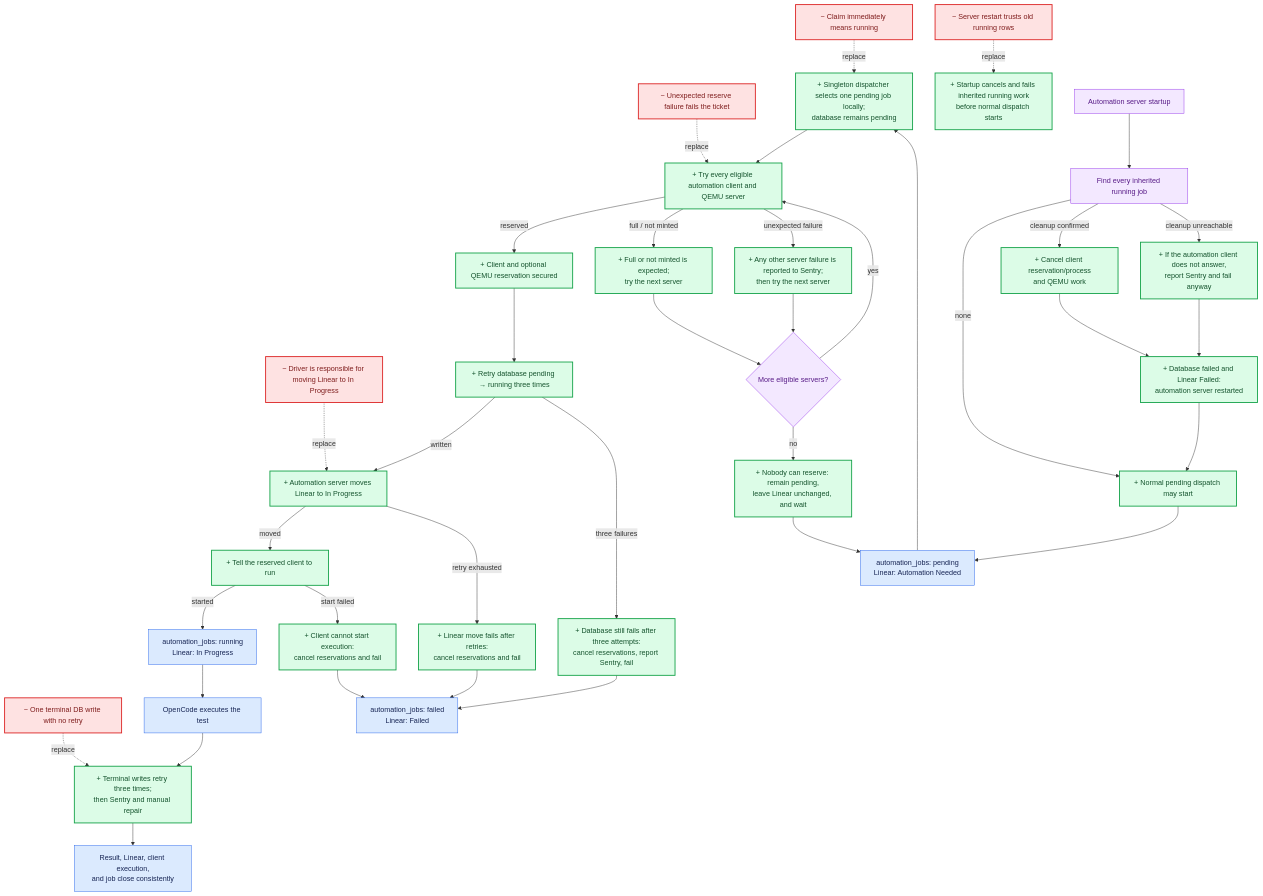
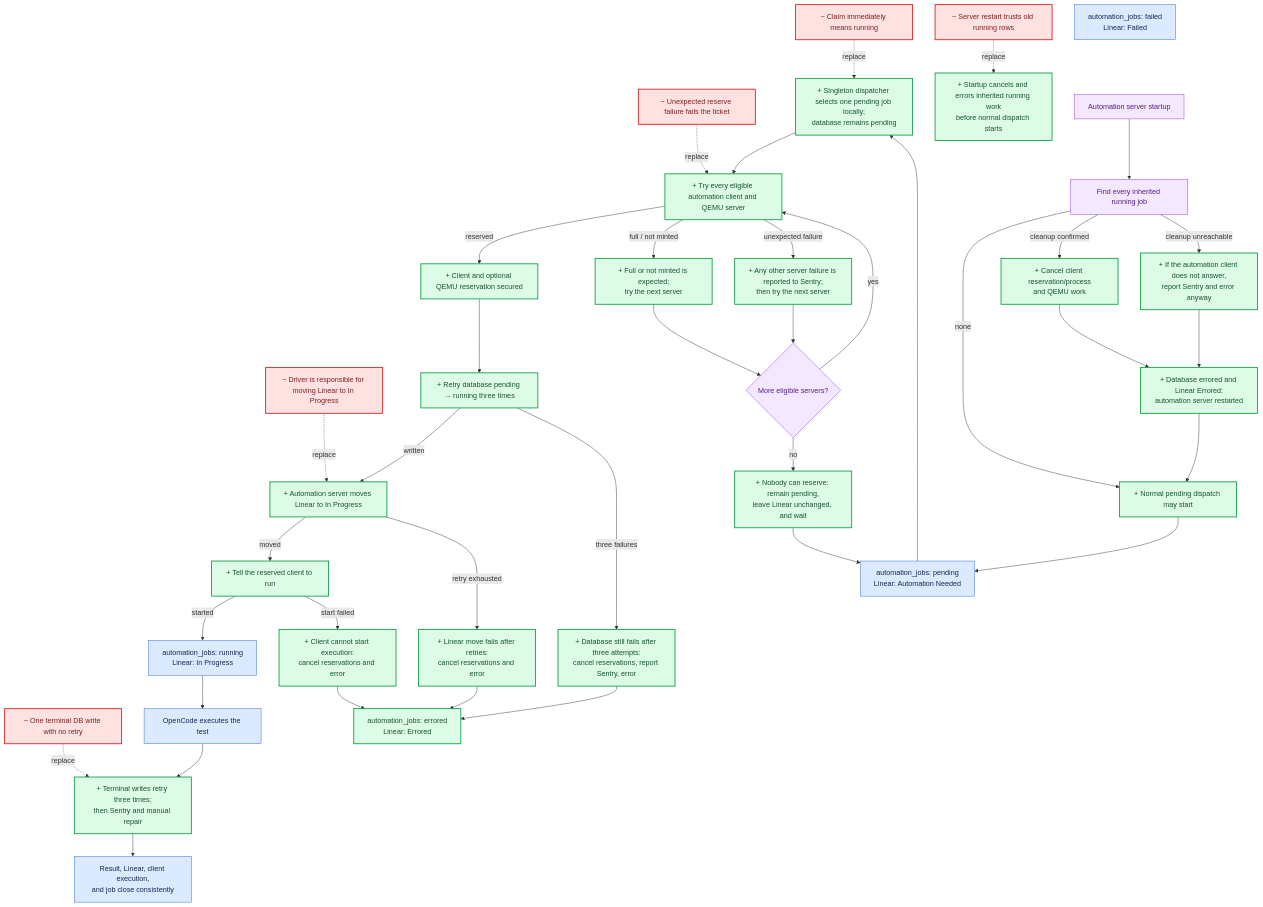
Before and after one commit to ThePrimeagen/Oligarchy: the second of 2 diagrams in MUST_FIX.MD, drawn with Mermaid. The commit also changed other lines of this file and 19 other files, not shown here.

First line of the commit message:
Complete a drive that ran, and error one the system failed (#222)

````diff
--- a/MUST_FIX.MD
+++ b/MUST_FIX.MD
@@ -77,66 +77,67 @@
 ```mermaid
 flowchart TB
   classDef removed fill:#fee2e2,stroke:#dc2626,color:#7f1d1d,stroke-width:2px
   classDef added fill:#dcfce7,stroke:#16a34a,color:#14532d,stroke-width:2px
   classDef kept fill:#dbeafe,stroke:#2563eb,color:#172554
   classDef decision fill:#f3e8ff,stroke:#9333ea,color:#581c87
 
   R1["− Claim immediately means running"]:::removed
   R2["− Unexpected reserve failure fails the ticket"]:::removed
   R3["− Driver is responsible for moving Linear to In Progress"]:::removed
   R4["− Server restart trusts old running rows"]:::removed
   R5["− One terminal DB write with no retry"]:::removed
 
   N1["+ Singleton dispatcher selects one pending job locally;<br/>database remains pending"]:::added
   N2["+ Try every eligible automation client and QEMU server"]:::added
   N3["+ Full or not minted is expected;<br/>try the next server"]:::added
   N4["+ Any other server failure is reported to Sentry;<br/>then try the next server"]:::added
   N5["+ Nobody can reserve: remain pending,<br/>leave Linear unchanged, and wait"]:::added
   N6["+ Client and optional QEMU reservation secured"]:::added
   N7["+ Retry database pending → running three times"]:::added
   N8["+ Automation server moves Linear to In Progress"]:::added
   N9["+ Tell the reserved client to run"]:::added
-  N10["+ Startup cancels and fails inherited running work<br/>before normal dispatch starts"]:::added
+  N10["+ Startup cancels and errors inherited running work<br/>before normal dispatch starts"]:::added
   N11["+ Terminal writes retry three times;<br/>then Sentry and manual repair"]:::added
 
   R1 -. "replace" .-> N1
   R2 -. "replace" .-> N2
   R3 -. "replace" .-> N8
   R4 -. "replace" .-> N10
   R5 -. "replace" .-> N11
 
   P["automation_jobs: pending<br/>Linear: Automation Needed"]:::kept
   MORE{"More eligible servers?"}:::decision
   RUN["automation_jobs: running<br/>Linear: In Progress"]:::kept
   EXEC["OpenCode executes the test"]:::kept
   DONE["Result, Linear, client execution,<br/>and job close consistently"]:::kept
   FAIL["automation_jobs: failed<br/>Linear: Failed"]:::kept
-  DBFAIL["+ Database still fails after three attempts:<br/>cancel reservations, report Sentry, fail"]:::added
-  LINEARFAIL["+ Linear move fails after retries:<br/>cancel reservations and fail"]:::added
-  RUNFAIL["+ Client cannot start execution:<br/>cancel reservations and fail"]:::added
+  ERR["automation_jobs: errored<br/>Linear: Errored"]:::added
+  DBFAIL["+ Database still fails after three attempts:<br/>cancel reservations, report Sentry, error"]:::added
+  LINEARFAIL["+ Linear move fails after retries:<br/>cancel reservations and error"]:::added
+  RUNFAIL["+ Client cannot start execution:<br/>cancel reservations and error"]:::added
 
   P --> N1 --> N2
   N2 -->|"reserved"| N6 --> N7
   N2 -->|"full / not minted"| N3 --> MORE
   N2 -->|"unexpected failure"| N4 --> MORE
   MORE -->|"yes"| N2
   MORE -->|"no"| N5 --> P
   N7 -->|"written"| N8
-  N7 -->|"three failures"| DBFAIL --> FAIL
+  N7 -->|"three failures"| DBFAIL --> ERR
   N8 -->|"moved"| N9
-  N8 -->|"retry exhausted"| LINEARFAIL --> FAIL
+  N8 -->|"retry exhausted"| LINEARFAIL --> ERR
   N9 -->|"started"| RUN --> EXEC --> N11 --> DONE
-  N9 -->|"start failed"| RUNFAIL --> FAIL
+  N9 -->|"start failed"| RUNFAIL --> ERR
 
   START["Automation server startup"]:::decision
   INHERITED["Find every inherited running job"]:::decision
   CANCEL["+ Cancel client reservation/process<br/>and QEMU work"]:::added
-  INHERITEDFAIL["+ Database failed and Linear Failed:<br/>automation server restarted"]:::added
-  UNREACHABLE["+ If the automation client does not answer,<br/>report Sentry and fail anyway"]:::added
+  INHERITEDFAIL["+ Database errored and Linear Errored:<br/>automation server restarted"]:::added
+  UNREACHABLE["+ If the automation client does not answer,<br/>report Sentry and error anyway"]:::added
   NORMAL["+ Normal pending dispatch may start"]:::added
 
   START --> INHERITED
   INHERITED -->|"none"| NORMAL
   INHERITED -->|"cleanup confirmed"| CANCEL --> INHERITEDFAIL --> NORMAL --> P
   INHERITED -->|"cleanup unreachable"| UNREACHABLE --> INHERITEDFAIL
 ```
````
